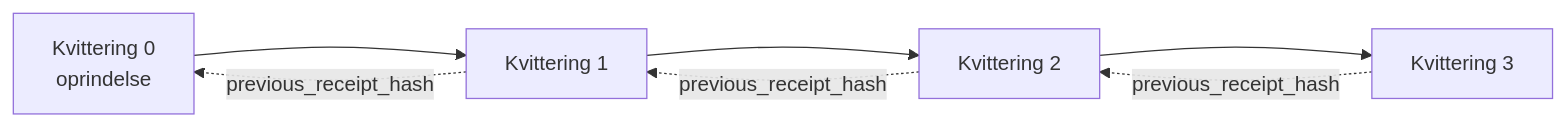
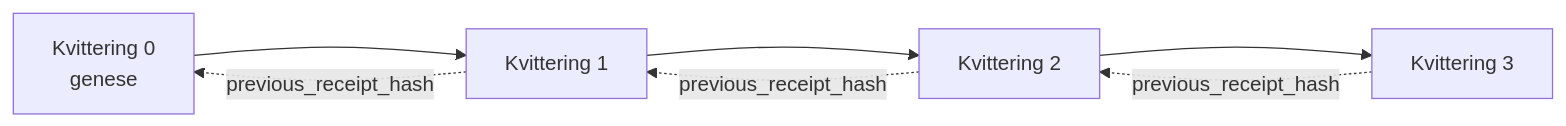
Before and after one commit to microsoft/ai-agents-for-beginners: the second of 2 diagrams in translations/da/18-securing-ai-agents/README.md, drawn with Mermaid. The commit also changed other lines of this file and 93 other files, not shown here.

````diff
--- a/translations/da/18-securing-ai-agents/README.md
+++ b/translations/da/18-securing-ai-agents/README.md
@@ -206,9 +206,9 @@
 ```mermaid
 flowchart LR
-    R0[Kvittering 0<br/>oprindelse] --> R1[Kvittering 1]
+    R0[Kvittering 0<br/>genese] --> R1[Kvittering 1]
     R1 --> R2[Kvittering 2]
     R2 --> R3[Kvittering 3]
     R1 -. previous_receipt_hash .-> R0
     R2 -. previous_receipt_hash .-> R1
     R3 -. previous_receipt_hash .-> R2
 ```
````
